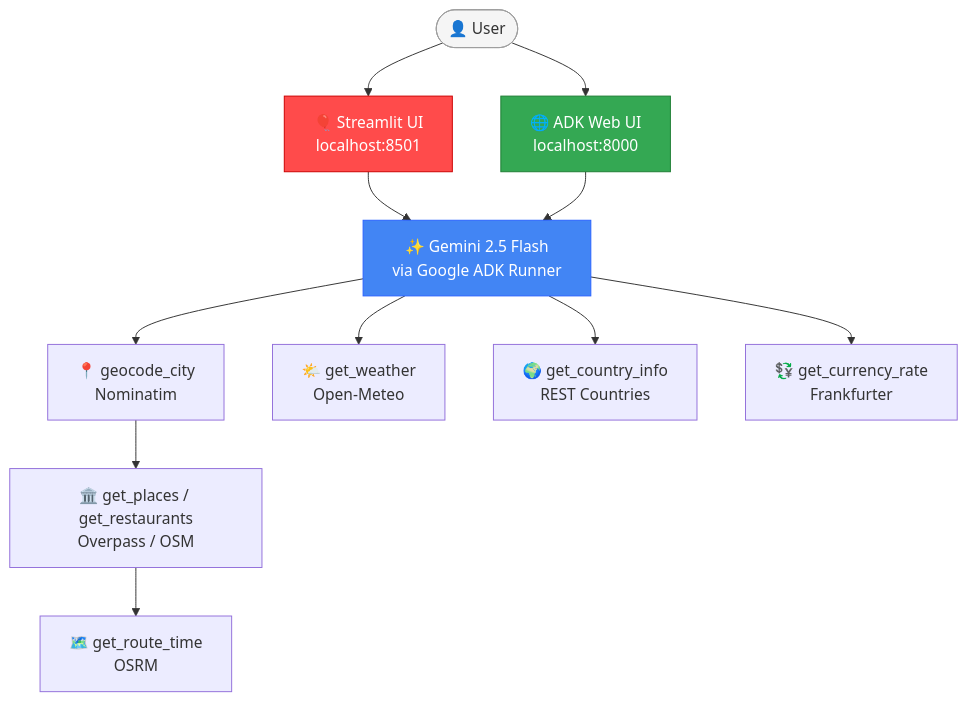
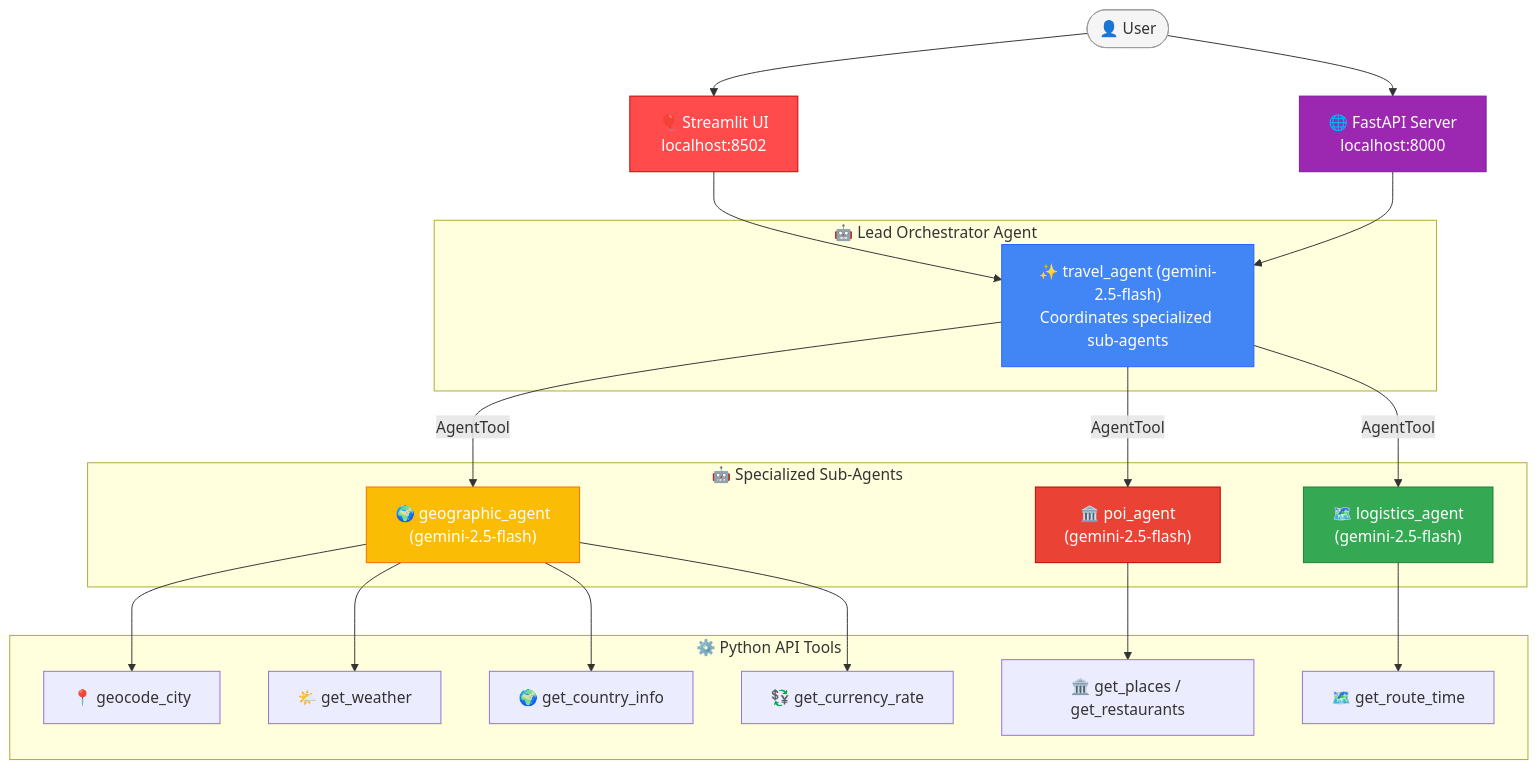
One commit to Sunilrana1978/travel-agent changed the diagram in README.md. Above: the diagram before and after it, drawn with Mermaid. The commit also changed other lines of this file, not shown here.

Commit message:
docs: update architecture diagram in README.md to reflect multi-agent structure

````diff
--- a/README.md
+++ b/README.md
@@ -86,27 +86,46 @@
 ```mermaid
 flowchart TD
     User(["👤 User"])
 
-    ST["🎈 Streamlit UI\nlocalhost:8501"]
-    ADK["🌐 ADK Web UI\nlocalhost:8000"]
-
-    GEM["✨ Gemini 2.5 Flash\nvia Google ADK Runner"]
-
-    GC["📍 geocode_city\nNominatim"]
-    WX["🌤️ get_weather\nOpen-Meteo"]
-    CI["🌍 get_country_info\nREST Countries"]
-    FX["💱 get_currency_rate\nFrankfurter"]
-    PL["🏛️ get_places / get_restaurants\nOverpass / OSM"]
-    RT["🗺️ get_route_time\nOSRM"]
+    ST["🎈 Streamlit UI\nlocalhost:8502"]
+    ADK["🌐 FastAPI Server\nlocalhost:8000"]
 
     User --> ST & ADK
-    ST & ADK --> GEM
-    GEM --> GC & WX & CI & FX
-    GC --> PL
-    PL --> RT
 
-    style GEM fill:#4285F4,color:#fff,stroke:#2962FF
+    subgraph Orchestrator [🤖 Lead Orchestrator Agent]
+        ORCH["✨ travel_agent (gemini-2.5-flash)\nCoordinates specialized sub-agents"]
+    end
+
+    ST & ADK --> ORCH
+
+    subgraph Agents [🤖 Specialized Sub-Agents]
+        GEO["🌍 geographic_agent\n(gemini-2.5-flash)"]
+        POI["🏛️ poi_agent\n(gemini-2.5-flash)"]
+        LOG["🗺️ logistics_agent\n(gemini-2.5-flash)"]
+    end
+
+    ORCH -->|AgentTool| GEO
+    ORCH -->|AgentTool| POI
+    ORCH -->|AgentTool| LOG
+
+    subgraph Tools [⚙️ Python API Tools]
+        GC["📍 geocode_city"]
+        WX["🌤️ get_weather"]
+        CI["🌍 get_country_info"]
+        FX["💱 get_currency_rate"]
+        PL["🏛️ get_places / get_restaurants"]
+        RT["🗺️ get_route_time"]
+    end
+
+    GEO --> GC & WX & CI & FX
+    POI --> PL
+    LOG --> RT
+
+    style ORCH fill:#4285F4,color:#fff,stroke:#2962FF
+    style GEO fill:#FBBC05,color:#fff,stroke:#F86B00
+    style POI fill:#ea4335,color:#fff,stroke:#b20a00
+    style LOG fill:#34a853,color:#fff,stroke:#1e7e34
     style ST fill:#FF4B4B,color:#fff,stroke:#CC0000
-    style ADK fill:#34A853,color:#fff,stroke:#1E7E34
+    style ADK fill:#9C27B0,color:#fff,stroke:#7B1FA2
     style User fill:#f5f5f5,stroke:#9E9E9E
 ```
````
